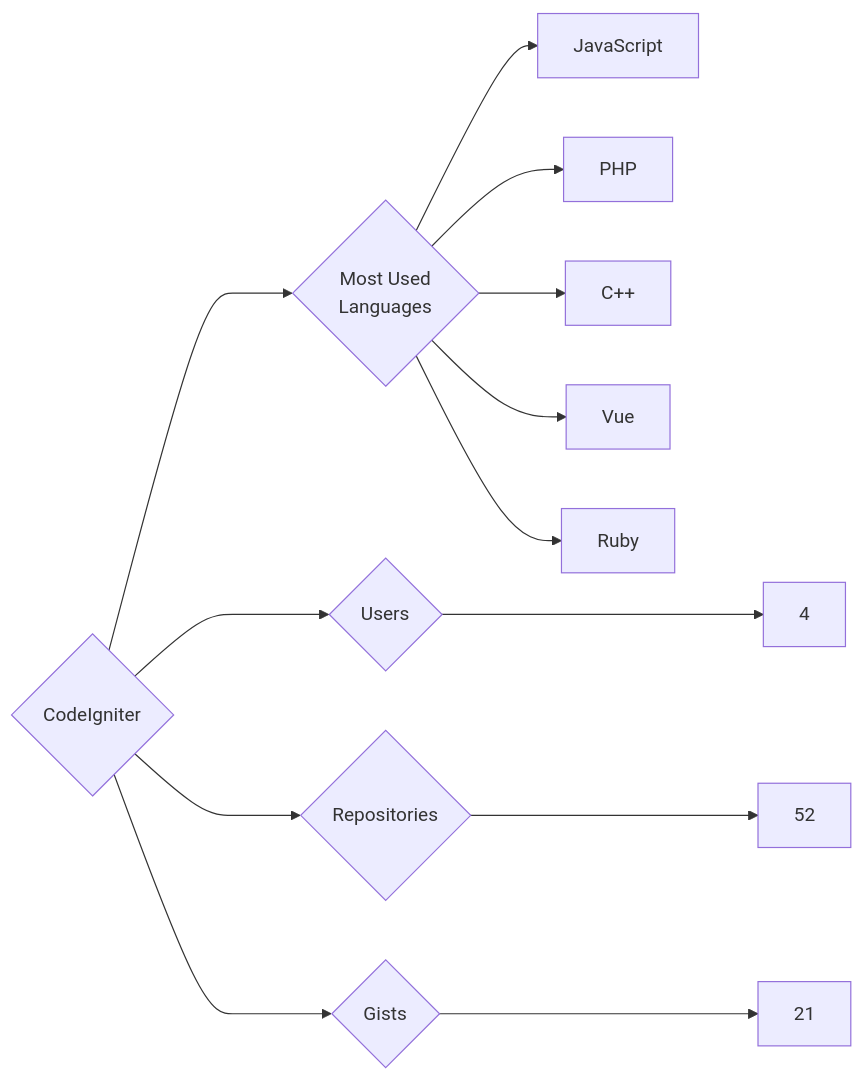
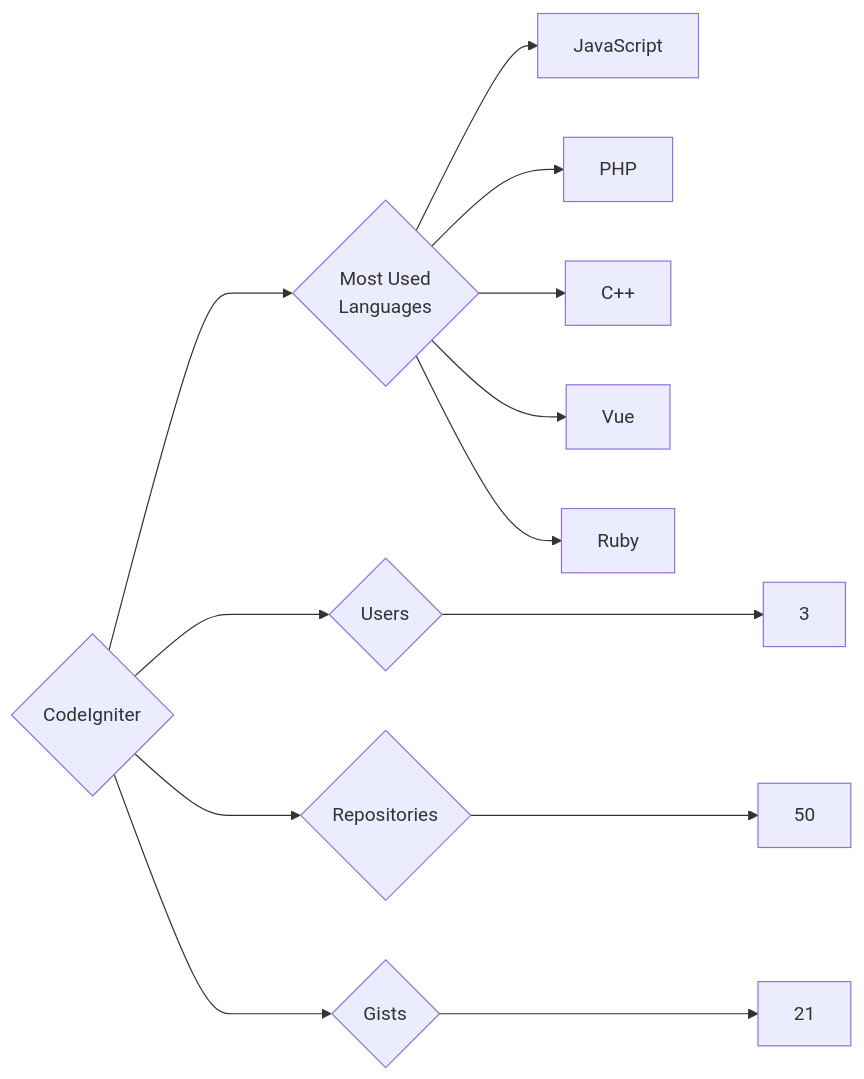
Before and after one commit to trickest/insiders: the diagram in targets/CodeIgniter/README.md, drawn with Mermaid. The commit also changed 984 other files, not shown here.

````diff
--- a/targets/CodeIgniter/README.md
+++ b/targets/CodeIgniter/README.md
@@ -3,13 +3,13 @@
 ```mermaid
 graph LR
 COMPANY_NAME{CodeIgniter}
-COMPANY_NAME ---> U{Users} ---> UN[4]
-COMPANY_NAME ---> R{Repositories} ---> RN[52]
+COMPANY_NAME ---> U{Users} ---> UN[3]
+COMPANY_NAME ---> R{Repositories} ---> RN[50]
 COMPANY_NAME ---> G{Gists} ---> GN[21]
 COMPANY_NAME ---> ML{Most Used<br>Languages}
 ML --> JavaScript[JavaScript]
 ML --> PHP[PHP]
 ML --> C++[C++]
 ML --> Vue[Vue]
 ML --> Ruby[Ruby]
 ```
````
